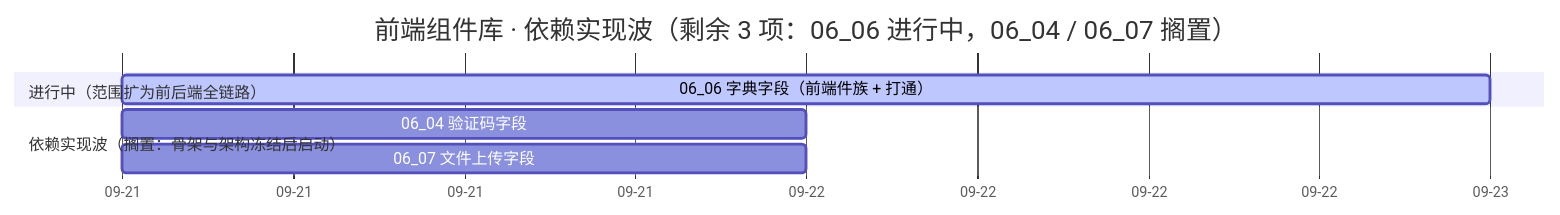
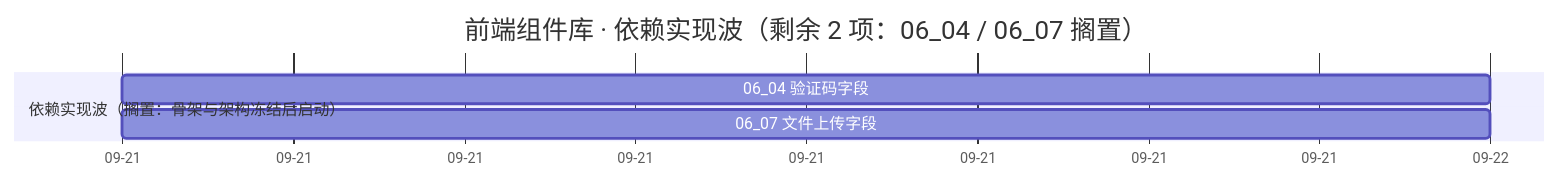
The diagram in bms文档/项目/04_前端组件库/计划/01_计划_前端组件库.md (minjian123/basic-management-system), drawn with Mermaid before and after one commit. The commit also changed other lines of this file and 11 other files, not shown here.

````diff
--- a/bms文档/项目/04_前端组件库/计划/01_计划_前端组件库.md
+++ b/bms文档/项目/04_前端组件库/计划/01_计划_前端组件库.md
@@ -79,12 +79,10 @@
 ```mermaid
 gantt
-    title 前端组件库 · 依赖实现波（剩余 3 项：06_06 进行中，06_04 / 06_07 搁置）
+    title 前端组件库 · 依赖实现波（剩余 2 项：06_04 / 06_07 搁置）
     dateFormat  YYYY-MM-DD
     axisFormat %m-%d
     %% 已完成任务不入甘特：域 02 / 03 / 04 / 05 / 10 与域 06（06_01 ~ 06_03 / 06_05）、域 07（全部）、域 08（08_01 ~ 08_10）均已完成
-    section 进行中（范围扩为前后端全链路）
-    06_06 字典字段（前端件族 + 打通） :active, c0606, 2026-09-21, 2d
     section 依赖实现波（搁置：骨架与架构冻结后启动）
     06_04 验证码字段 :c0604, 2026-09-21, 1d
     06_07 文件上传字段 :c0607, 2026-09-21, 1d
 ```
````
